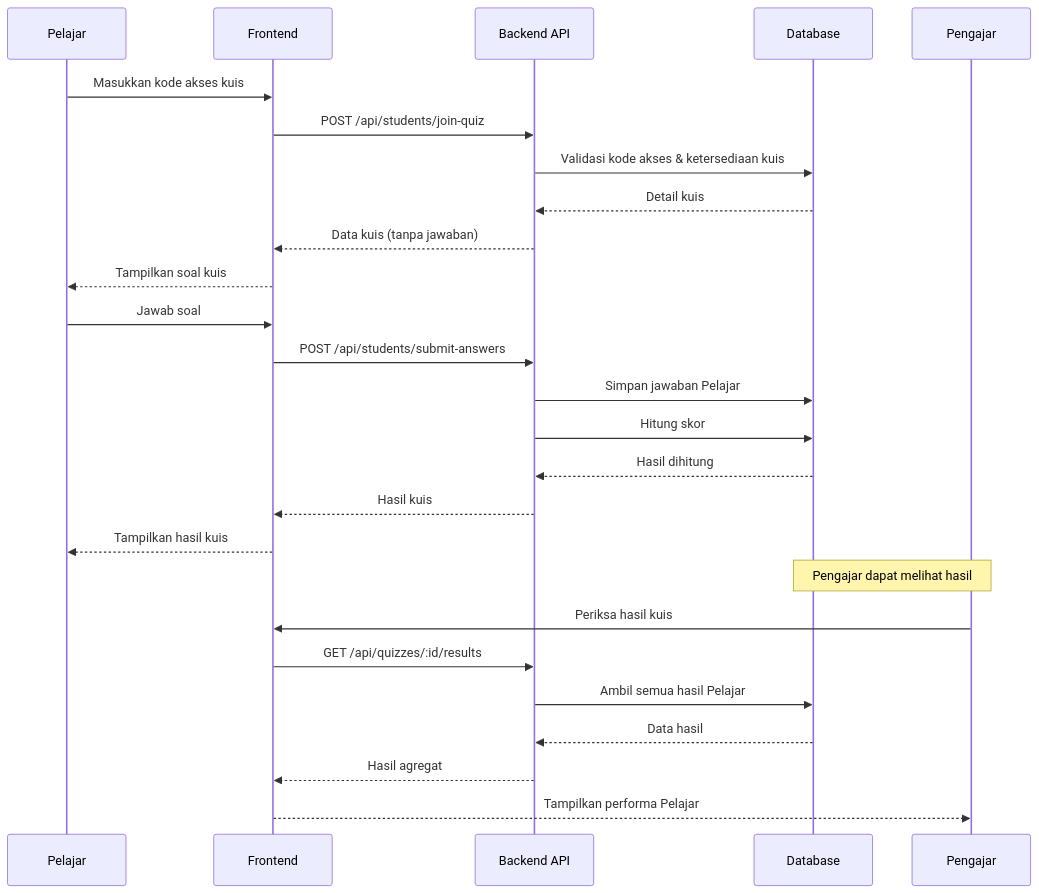
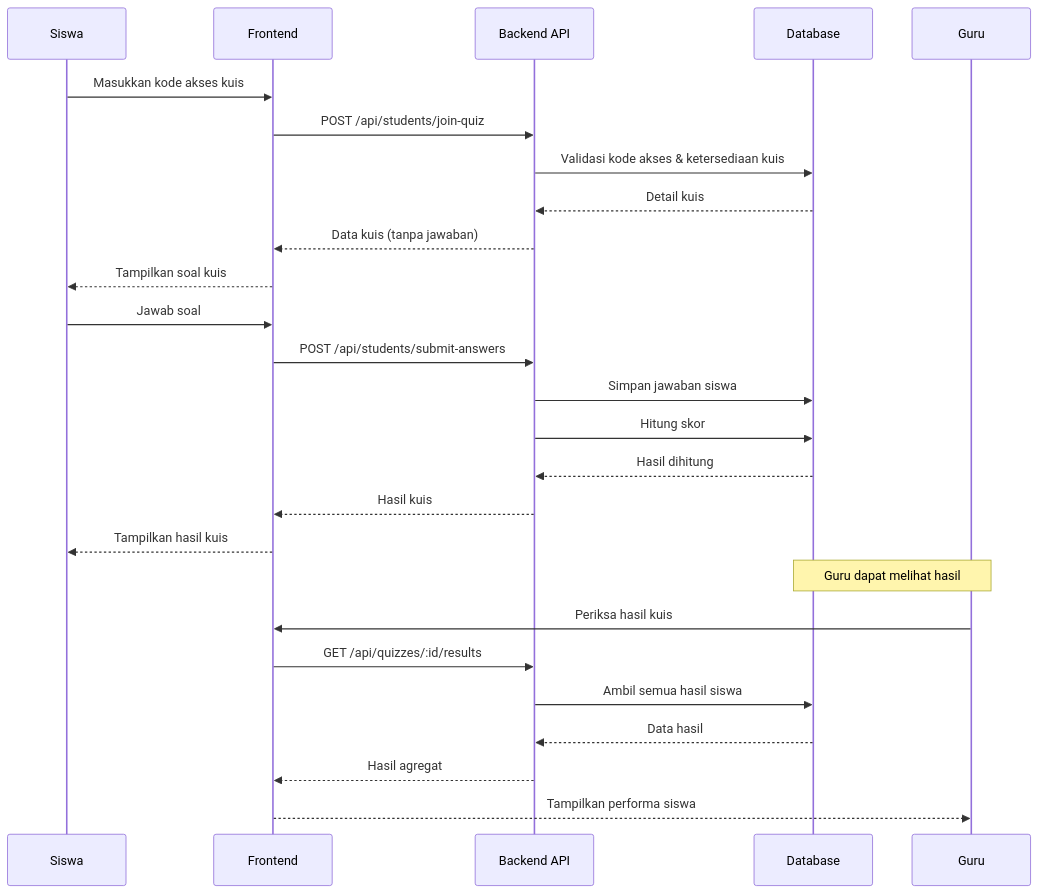
Before and after one commit to jonito2005/exam-expert-ai-docs: the fifth of 8 diagrams in sequence-diagrams.md, drawn with Mermaid. The commit also changed other lines of this file and 4 other files, not shown here.

````diff
--- a/sequence-diagrams.md
+++ b/sequence-diagrams.md
@@ -159,31 +172,31 @@
 ```mermaid
 sequenceDiagram
-    participant S as Pelajar
+    participant S as Siswa
     participant F as Frontend
     participant API as Backend API
     participant DB as Database
-    participant T as Pengajar
+    participant T as Guru
 
     S->>F: Masukkan kode akses kuis
     F->>API: POST /api/students/join-quiz
     API->>DB: Validasi kode akses & ketersediaan kuis
     DB-->>API: Detail kuis
     API-->>F: Data kuis (tanpa jawaban)
     F-->>S: Tampilkan soal kuis
 
     S->>F: Jawab soal
     F->>API: POST /api/students/submit-answers
-    API->>DB: Simpan jawaban Pelajar
+    API->>DB: Simpan jawaban siswa
     API->>DB: Hitung skor
     DB-->>API: Hasil dihitung
     API-->>F: Hasil kuis
     F-->>S: Tampilkan hasil kuis
 
-    Note over T,DB: Pengajar dapat melihat hasil
+    Note over T,DB: Guru dapat melihat hasil
     T->>F: Periksa hasil kuis
     F->>API: GET /api/quizzes/:id/results
-    API->>DB: Ambil semua hasil Pelajar
+    API->>DB: Ambil semua hasil siswa
     DB-->>API: Data hasil
     API-->>F: Hasil agregat
-    F-->>T: Tampilkan performa Pelajar
+    F-->>T: Tampilkan performa siswa
 ```
````
